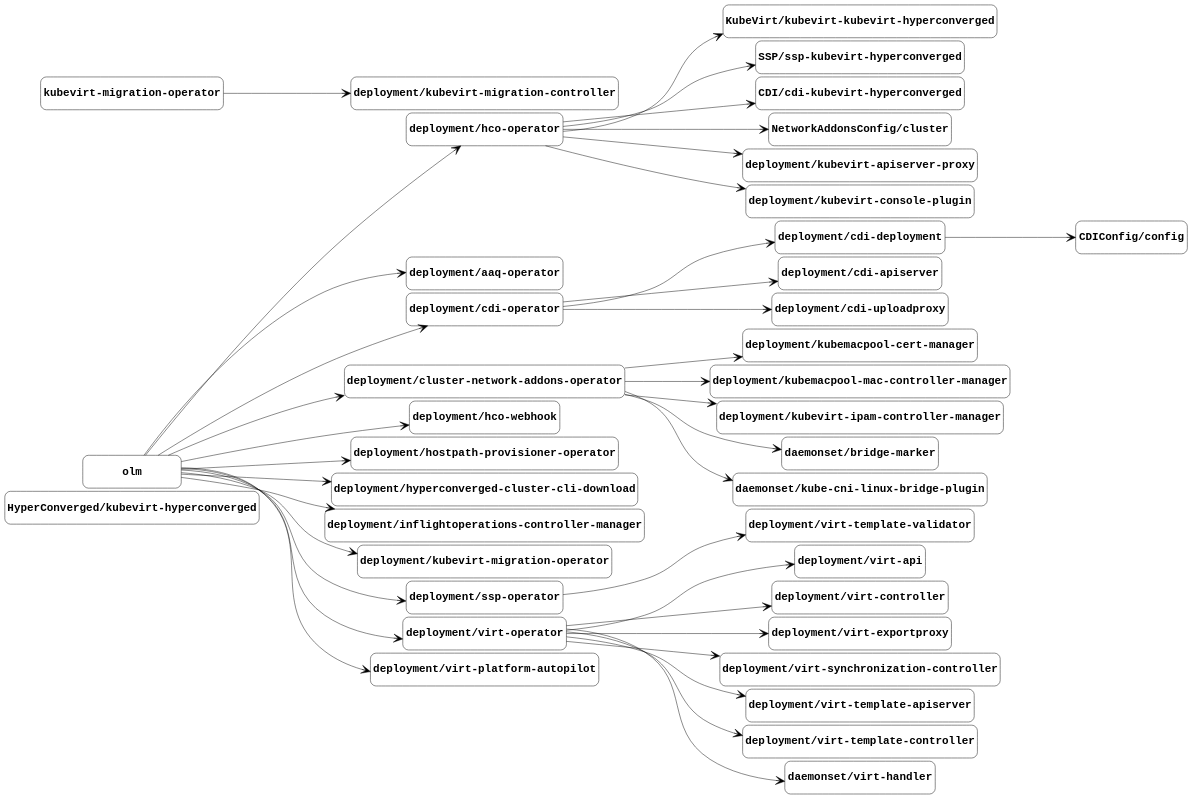
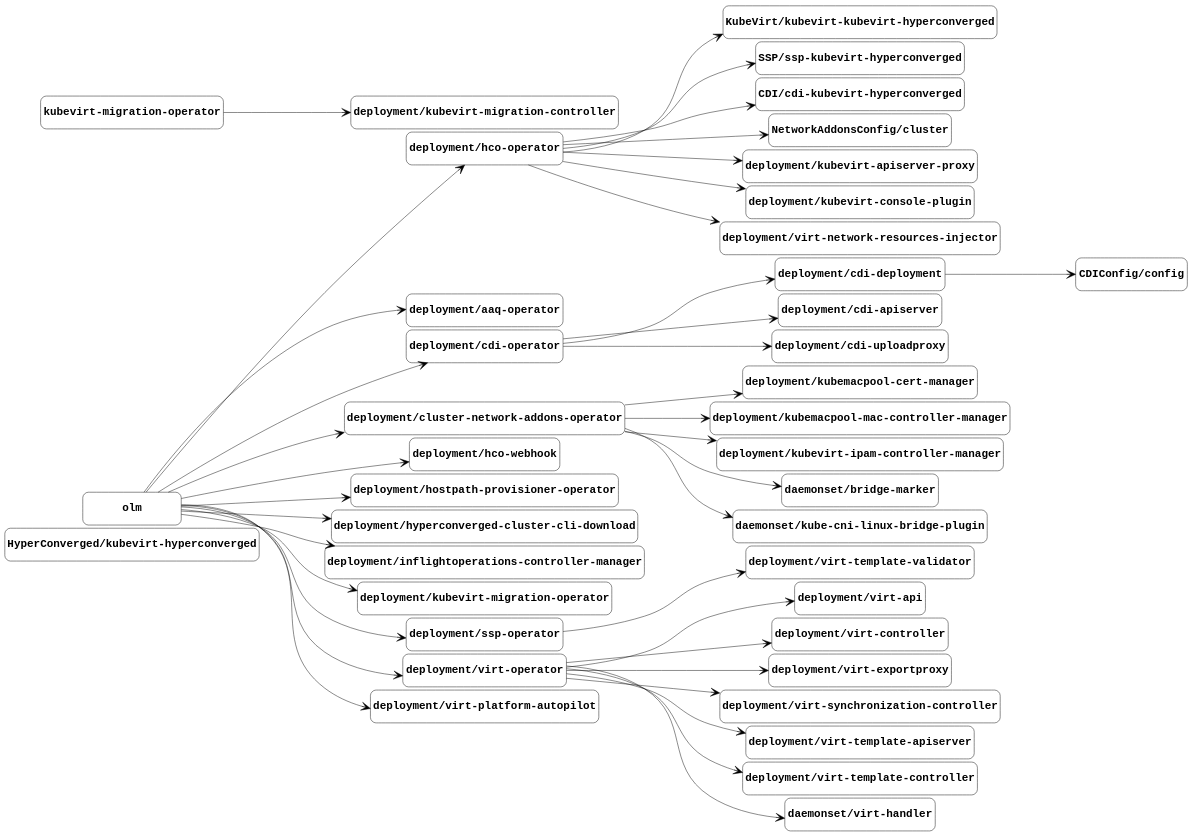
The diagram in docs/managed-by.gv (kubevirt/hyperconverged-cluster-operator), drawn with Graphviz before and after one commit. The commit also changed 3 other files, not shown here.

Commit message:
Update component graphs from the nightly job (#4446)

```diff
--- a/docs/managed-by.gv
+++ b/docs/managed-by.gv
@@ -1,114 +1,117 @@
 digraph "managed-by" {
 	graph [center=true margin=0.2 nodesep=0.1 rankdir=LR ranksep=2]
 	node [fontname="Courier-Bold" fontsize=24 height=1 shape=box style=rounded width=3]
 	edge [arrowhead=vee arrowsize=2]
 	"HyperConverged/kubevirt-hyperconverged" [label="HyperConverged/kubevirt-hyperconverged"]
 	"KubeVirt/kubevirt-kubevirt-hyperconverged" [label="KubeVirt/kubevirt-kubevirt-hyperconverged"]
 	"deployment/hco-operator" [label="deployment/hco-operator"]
 	"deployment/hco-operator" -> "KubeVirt/kubevirt-kubevirt-hyperconverged"
 	"SSP/ssp-kubevirt-hyperconverged" [label="SSP/ssp-kubevirt-hyperconverged"]
 	"deployment/hco-operator" [label="deployment/hco-operator"]
 	"deployment/hco-operator" -> "SSP/ssp-kubevirt-hyperconverged"
 	"CDI/cdi-kubevirt-hyperconverged" [label="CDI/cdi-kubevirt-hyperconverged"]
 	"deployment/hco-operator" [label="deployment/hco-operator"]
 	"deployment/hco-operator" -> "CDI/cdi-kubevirt-hyperconverged"
 	"CDIConfig/config" [label="CDIConfig/config"]
 	"deployment/cdi-deployment" [label="deployment/cdi-deployment"]
 	"deployment/cdi-deployment" -> "CDIConfig/config"
 	"NetworkAddonsConfig/cluster" [label="NetworkAddonsConfig/cluster"]
 	"deployment/hco-operator" [label="deployment/hco-operator"]
 	"deployment/hco-operator" -> "NetworkAddonsConfig/cluster"
 	"deployment/aaq-operator" [label="deployment/aaq-operator"]
 	olm [label=olm]
 	olm -> "deployment/aaq-operator"
 	"deployment/cdi-apiserver" [label="deployment/cdi-apiserver"]
 	"deployment/cdi-operator" [label="deployment/cdi-operator"]
 	"deployment/cdi-operator" -> "deployment/cdi-apiserver"
 	"deployment/cdi-deployment" [label="deployment/cdi-deployment"]
 	"deployment/cdi-operator" [label="deployment/cdi-operator"]
 	"deployment/cdi-operator" -> "deployment/cdi-deployment"
 	"deployment/cdi-operator" [label="deployment/cdi-operator"]
 	olm [label=olm]
 	olm -> "deployment/cdi-operator"
 	"deployment/cdi-uploadproxy" [label="deployment/cdi-uploadproxy"]
 	"deployment/cdi-operator" [label="deployment/cdi-operator"]
 	"deployment/cdi-operator" -> "deployment/cdi-uploadproxy"
 	"deployment/cluster-network-addons-operator" [label="deployment/cluster-network-addons-operator"]
 	olm [label=olm]
 	olm -> "deployment/cluster-network-addons-operator"
 	"deployment/hco-operator" [label="deployment/hco-operator"]
 	olm [label=olm]
 	olm -> "deployment/hco-operator"
 	"deployment/hco-webhook" [label="deployment/hco-webhook"]
 	olm [label=olm]
 	olm -> "deployment/hco-webhook"
 	"deployment/hostpath-provisioner-operator" [label="deployment/hostpath-provisioner-operator"]
 	olm [label=olm]
 	olm -> "deployment/hostpath-provisioner-operator"
 	"deployment/hyperconverged-cluster-cli-download" [label="deployment/hyperconverged-cluster-cli-download"]
 	olm [label=olm]
 	olm -> "deployment/hyperconverged-cluster-cli-download"
 	"deployment/inflightoperations-controller-manager" [label="deployment/inflightoperations-controller-manager"]
 	olm [label=olm]
 	olm -> "deployment/inflightoperations-controller-manager"
 	"deployment/kubemacpool-cert-manager" [label="deployment/kubemacpool-cert-manager"]
 	"deployment/cluster-network-addons-operator" [label="deployment/cluster-network-addons-operator"]
 	"deployment/cluster-network-addons-operator" -> "deployment/kubemacpool-cert-manager"
 	"deployment/kubemacpool-mac-controller-manager" [label="deployment/kubemacpool-mac-controller-manager"]
 	"deployment/cluster-network-addons-operator" [label="deployment/cluster-network-addons-operator"]
 	"deployment/cluster-network-addons-operator" -> "deployment/kubemacpool-mac-controller-manager"
 	"deployment/kubevirt-apiserver-proxy" [label="deployment/kubevirt-apiserver-proxy"]
 	"deployment/hco-operator" [label="deployment/hco-operator"]
 	"deployment/hco-operator" -> "deployment/kubevirt-apiserver-proxy"
 	"deployment/kubevirt-console-plugin" [label="deployment/kubevirt-console-plugin"]
 	"deployment/hco-operator" [label="deployment/hco-operator"]
 	"deployment/hco-operator" -> "deployment/kubevirt-console-plugin"
 	"deployment/kubevirt-ipam-controller-manager" [label="deployment/kubevirt-ipam-controller-manager"]
 	"deployment/cluster-network-addons-operator" [label="deployment/cluster-network-addons-operator"]
 	"deployment/cluster-network-addons-operator" -> "deployment/kubevirt-ipam-controller-manager"
 	"deployment/kubevirt-migration-controller" [label="deployment/kubevirt-migration-controller"]
 	"kubevirt-migration-operator" [label="kubevirt-migration-operator"]
 	"kubevirt-migration-operator" -> "deployment/kubevirt-migration-controller"
 	"deployment/kubevirt-migration-operator" [label="deployment/kubevirt-migration-operator"]
 	olm [label=olm]
 	olm -> "deployment/kubevirt-migration-operator"
 	"deployment/ssp-operator" [label="deployment/ssp-operator"]
 	olm [label=olm]
 	olm -> "deployment/ssp-operator"
 	"deployment/virt-api" [label="deployment/virt-api"]
 	"deployment/virt-operator" [label="deployment/virt-operator"]
 	"deployment/virt-operator" -> "deployment/virt-api"
 	"deployment/virt-controller" [label="deployment/virt-controller"]
 	"deployment/virt-operator" [label="deployment/virt-operator"]
 	"deployment/virt-operator" -> "deployment/virt-controller"
 	"deployment/virt-exportproxy" [label="deployment/virt-exportproxy"]
 	"deployment/virt-operator" [label="deployment/virt-operator"]
 	"deployment/virt-operator" -> "deployment/virt-exportproxy"
+	"deployment/virt-network-resources-injector" [label="deployment/virt-network-resources-injector"]
+	"deployment/hco-operator" [label="deployment/hco-operator"]
+	"deployment/hco-operator" -> "deployment/virt-network-resources-injector"
 	"deployment/virt-operator" [label="deployment/virt-operator"]
 	olm [label=olm]
 	olm -> "deployment/virt-operator"
 	"deployment/virt-platform-autopilot" [label="deployment/virt-platform-autopilot"]
 	olm [label=olm]
 	olm -> "deployment/virt-platform-autopilot"
 	"deployment/virt-synchronization-controller" [label="deployment/virt-synchronization-controller"]
 	"deployment/virt-operator" [label="deployment/virt-operator"]
 	"deployment/virt-operator" -> "deployment/virt-synchronization-controller"
 	"deployment/virt-template-apiserver" [label="deployment/virt-template-apiserver"]
 	"deployment/virt-operator" [label="deployment/virt-operator"]
 	"deployment/virt-operator" -> "deployment/virt-template-apiserver"
 	"deployment/virt-template-controller" [label="deployment/virt-template-controller"]
 	"deployment/virt-operator" [label="deployment/virt-operator"]
 	"deployment/virt-operator" -> "deployment/virt-template-controller"
 	"deployment/virt-template-validator" [label="deployment/virt-template-validator"]
 	"deployment/ssp-operator" [label="deployment/ssp-operator"]
 	"deployment/ssp-operator" -> "deployment/virt-template-validator"
 	"daemonset/bridge-marker" [label="daemonset/bridge-marker"]
 	"deployment/cluster-network-addons-operator" [label="deployment/cluster-network-addons-operator"]
 	"deployment/cluster-network-addons-operator" -> "daemonset/bridge-marker"
 	"daemonset/kube-cni-linux-bridge-plugin" [label="daemonset/kube-cni-linux-bridge-plugin"]
 	"deployment/cluster-network-addons-operator" [label="deployment/cluster-network-addons-operator"]
 	"deployment/cluster-network-addons-operator" -> "daemonset/kube-cni-linux-bridge-plugin"
 	"daemonset/virt-handler" [label="daemonset/virt-handler"]
 	"deployment/virt-operator" [label="deployment/virt-operator"]
 	"deployment/virt-operator" -> "daemonset/virt-handler"
 }
```
